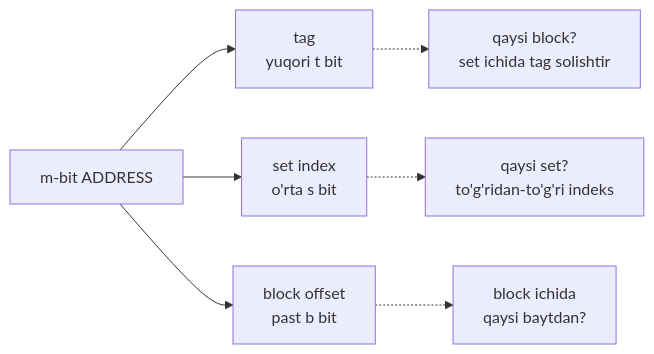
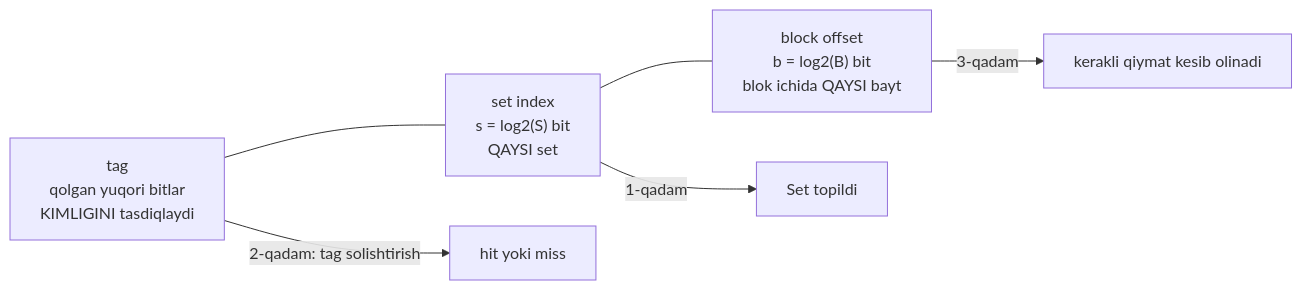
One commit to Otajonoov/dev changed the second of 4 diagrams in 6. Computer Systems/17-cache-memories.md. Above: the diagram before and after it, drawn with Mermaid. The commit also changed other lines of this file and 15 other files, not shown here.

````diff
--- a/6. Computer Systems/17-cache-memories.md
+++ b/6. Computer Systems/17-cache-memories.md
@@ -61,9 +70,7 @@
 ```mermaid
 flowchart LR
-    ADDR["m-bit ADDRESS"] --> T["tag<br/>yuqori t bit"]
-    ADDR --> SI["set index<br/>o'rta s bit"]
-    ADDR --> BO["block offset<br/>past b bit"]
-    T -.-> UT["qaysi block?<br/>set ichida tag solishtir"]
-    SI -.-> US["qaysi set?<br/>to'g'ridan-to'g'ri indeks"]
-    BO -.-> UB["block ichida<br/>qaysi baytdan?"]
+    T["tag<br/>qolgan yuqori bitlar<br/>KIMLIGINI tasdiqlaydi"] --- SI["set index<br/>s = log2(S) bit<br/>QAYSI set"] --- BO["block offset<br/>b = log2(B) bit<br/>blok ichida QAYSI bayt"]
+    SI -->|"1-qadam"| STEP1["Set topildi"]
+    T -->|"2-qadam: tag solishtirish"| STEP2["hit yoki miss"]
+    BO -->|"3-qadam"| STEP3["kerakli qiymat kesib olinadi"]
 ```
````
